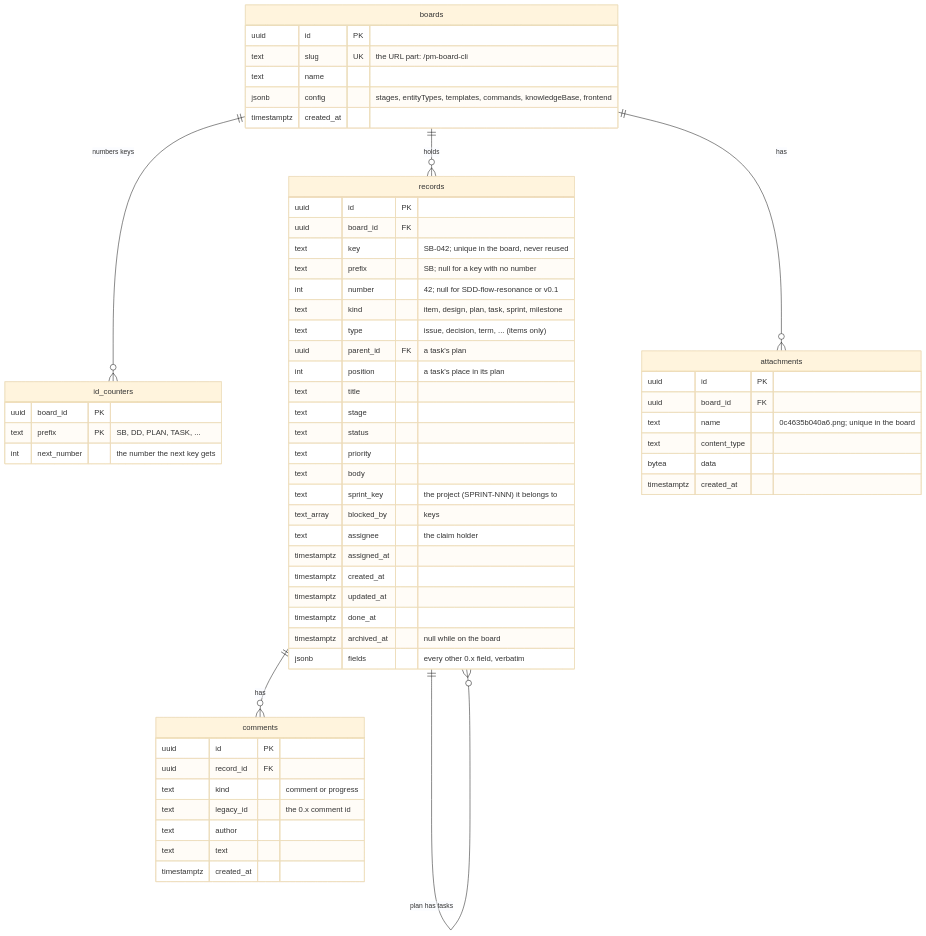
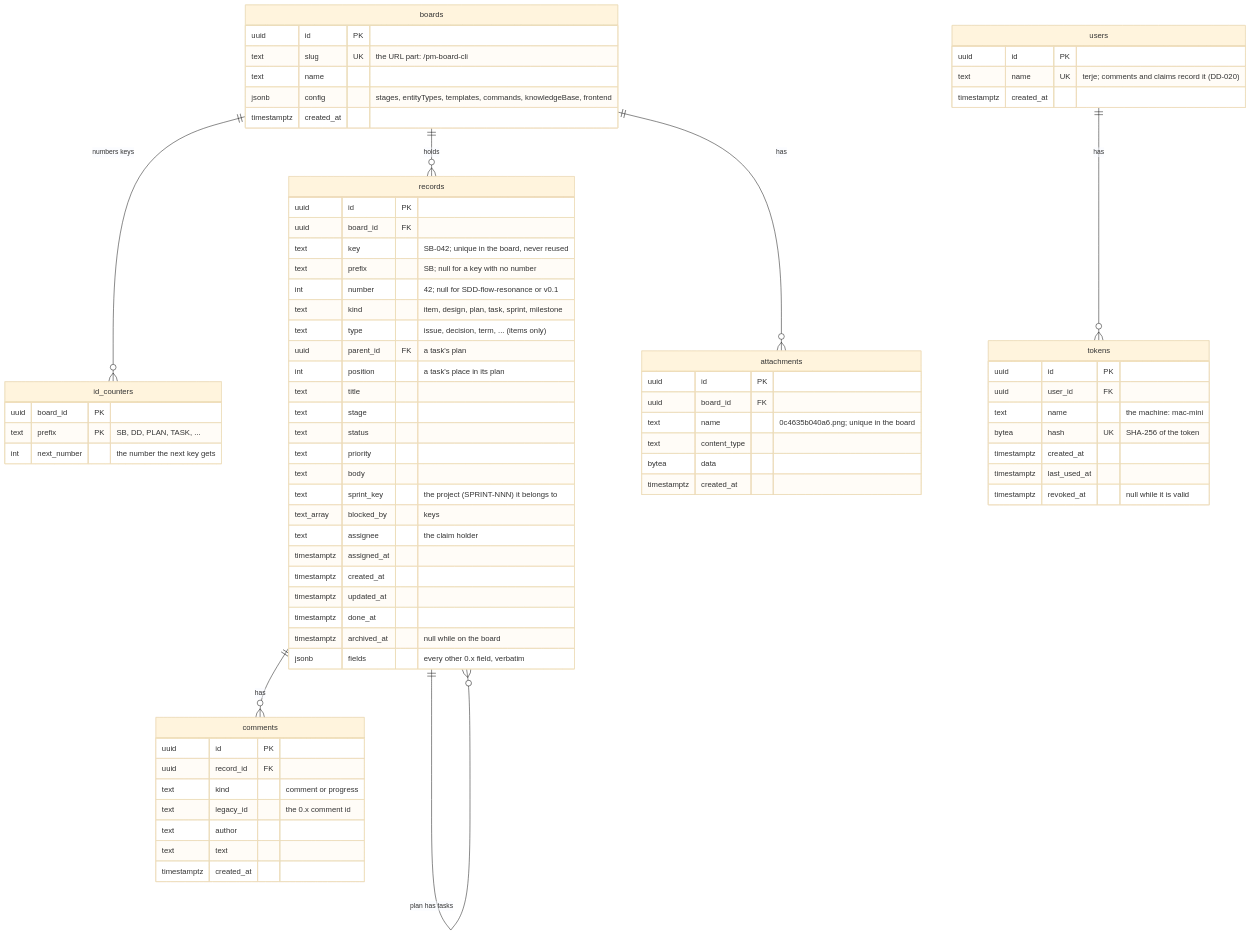
The diagram in server/docs/data-model.md (TerjeBallestad/pm-board), drawn with Mermaid (base theme) before and after one commit. The commit also changed other lines of this file and 20 other files, not shown here.

````diff
--- a/server/docs/data-model.md
+++ b/server/docs/data-model.md
@@ -10,63 +10,78 @@
 ```mermaid
 erDiagram
   boards ||--o{ id_counters : "numbers keys"
   boards ||--o{ records : holds
   boards ||--o{ attachments : has
   records ||--o{ records : "plan has tasks"
   records ||--o{ comments : has
+  users ||--o{ tokens : has
 
   boards {
     uuid id PK
     text slug UK "the URL part: /pm-board-cli"
     text name
     jsonb config "stages, entityTypes, templates, commands, knowledgeBase, frontend"
     timestamptz created_at
   }
   id_counters {
     uuid board_id PK
     text prefix PK "SB, DD, PLAN, TASK, ..."
     int next_number "the number the next key gets"
   }
   records {
     uuid id PK
     uuid board_id FK
     text key "SB-042; unique in the board, never reused"
     text prefix "SB; null for a key with no number"
     int number "42; null for SDD-flow-resonance or v0.1"
     text kind "item, design, plan, task, sprint, milestone"
     text type "issue, decision, term, ... (items only)"
     uuid parent_id FK "a task's plan"
     int position "a task's place in its plan"
     text title
     text stage
     text status
     text priority
     text body
     text sprint_key "the project (SPRINT-NNN) it belongs to"
     text_array blocked_by "keys"
     text assignee "the claim holder"
     timestamptz assigned_at
     timestamptz created_at
     timestamptz updated_at
     timestamptz done_at
     timestamptz archived_at "null while on the board"
     jsonb fields "every other 0.x field, verbatim"
   }
   attachments {
     uuid id PK
     uuid board_id FK
     text name "0c4635b040a6.png; unique in the board"
     text content_type
     bytea data
     timestamptz created_at
   }
   comments {
     uuid id PK
     uuid record_id FK
     text kind "comment or progress"
     text legacy_id "the 0.x comment id"
     text author
     text text
     timestamptz created_at
   }
+  users {
+    uuid id PK
+    text name UK "terje; comments and claims record it (DD-020)"
+    timestamptz created_at
+  }
+  tokens {
+    uuid id PK
+    uuid user_id FK
+    text name "the machine: mac-mini"
+    bytea hash UK "SHA-256 of the token"
+    timestamptz created_at
+    timestamptz last_used_at
+    timestamptz revoked_at "null while it is valid"
+  }
 ```
````
